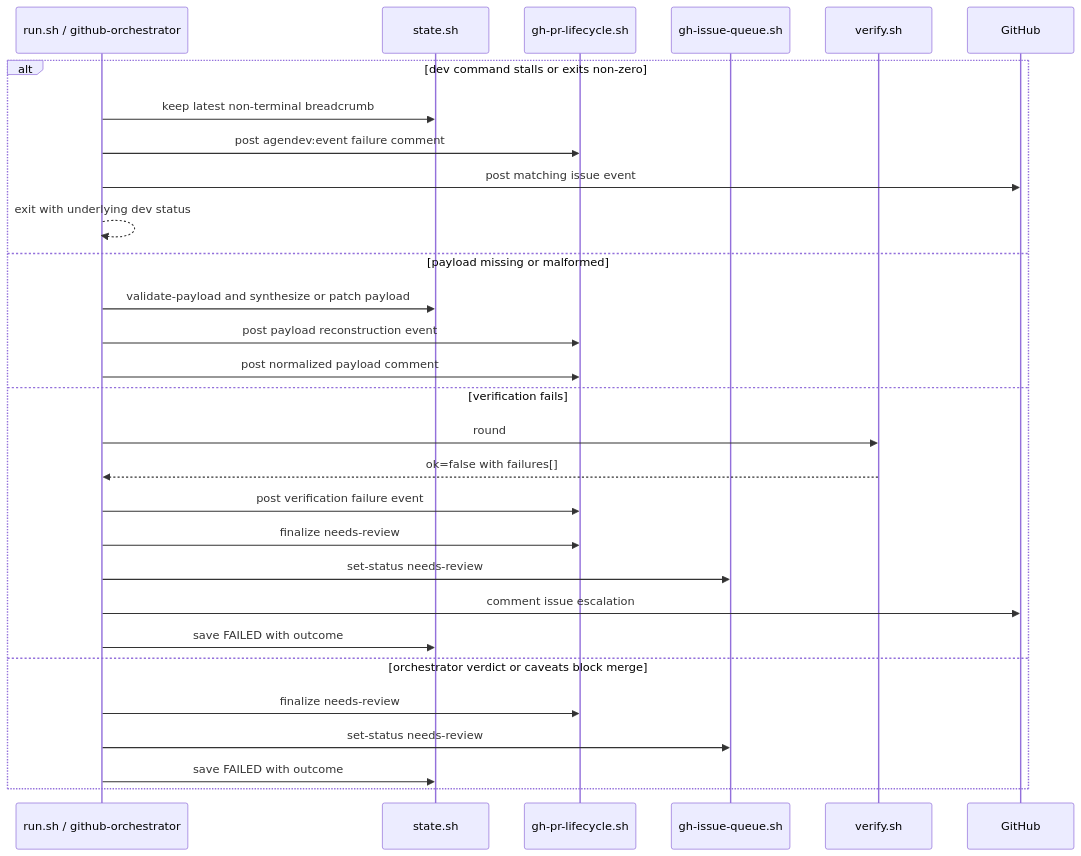
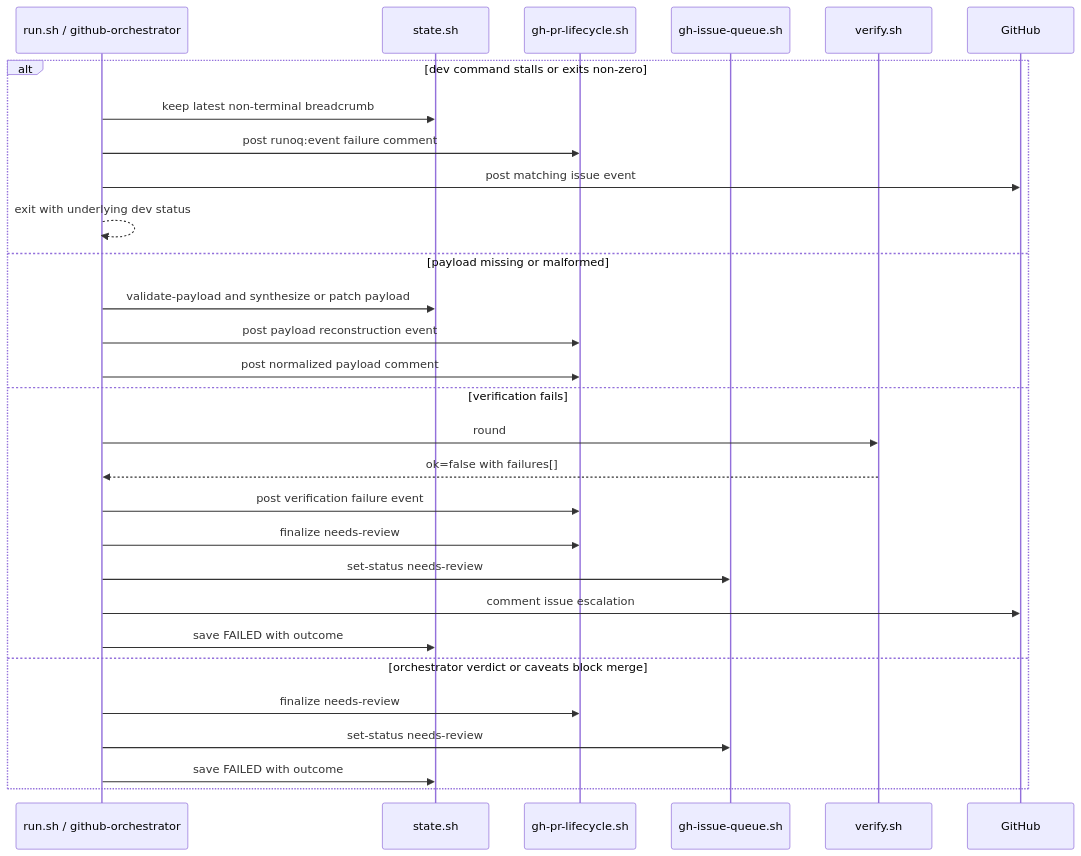
Before and after one commit to morhekil/runoq: the third of 6 diagrams in docs/architecture/flows.md, drawn with Mermaid. The commit also changed other lines of this file and 98 other files, not shown here.

Commit message:
rebranding from agendev to runoq

````diff
--- a/docs/architecture/flows.md
+++ b/docs/architecture/flows.md
@@ -133,32 +133,32 @@
 ```mermaid
 sequenceDiagram
   participant Run as run.sh / github-orchestrator
   participant State as state.sh
   participant PR as gh-pr-lifecycle.sh
   participant Queue as gh-issue-queue.sh
   participant Verify as verify.sh
   participant GH as GitHub
 
   alt dev command stalls or exits non-zero
     Run->>State: keep latest non-terminal breadcrumb
-    Run->>PR: post agendev:event failure comment
+    Run->>PR: post runoq:event failure comment
     Run->>GH: post matching issue event
     Run-->>Run: exit with underlying dev status
   else payload missing or malformed
     Run->>State: validate-payload and synthesize or patch payload
     Run->>PR: post payload reconstruction event
     Run->>PR: post normalized payload comment
   else verification fails
     Run->>Verify: round
     Verify-->>Run: ok=false with failures[]
     Run->>PR: post verification failure event
     Run->>PR: finalize needs-review
     Run->>Queue: set-status needs-review
     Run->>GH: comment issue escalation
     Run->>State: save FAILED with outcome
   else orchestrator verdict or caveats block merge
     Run->>PR: finalize needs-review
     Run->>Queue: set-status needs-review
     Run->>State: save FAILED with outcome
   end
 ```
````
